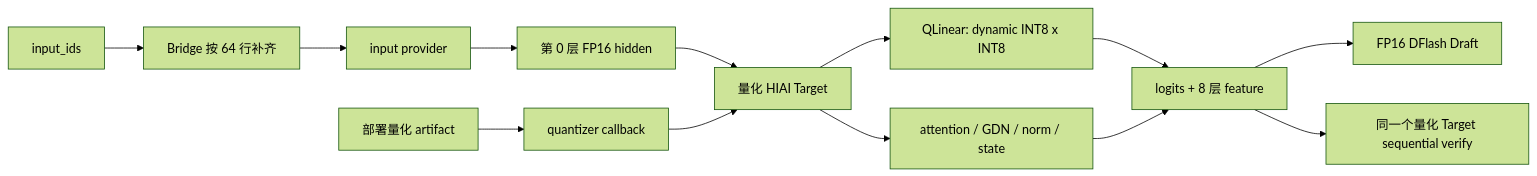
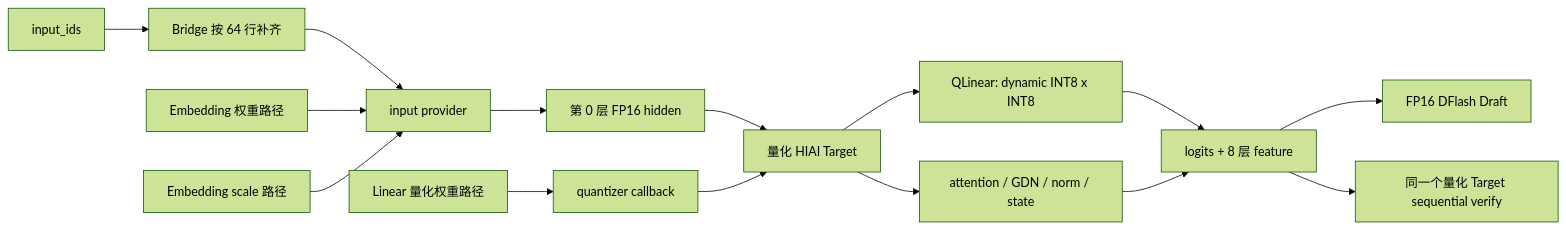
Before and after one commit to day8reak/qwen3.5-4B-dflash: the fourth of 4 diagrams in docs/DFLASH_V1_ARCHITECTURE.md, drawn with Mermaid (forest theme). The commit also changed other lines of this file and 11 other files, not shown here.

````diff
--- a/docs/DFLASH_V1_ARCHITECTURE.md
+++ b/docs/DFLASH_V1_ARCHITECTURE.md
@@ -622,15 +622,17 @@
 ```mermaid
 flowchart LR
     IDS[input_ids] --> PAD[Bridge 按 64 行补齐]
     PAD --> IP[input provider]
     IP --> H0[第 0 层 FP16 hidden]
     H0 --> QT[量化 HIAI Target]
-    ART[部署量化 artifact] --> QZ[quantizer callback]
+    QW[Linear 量化权重路径] --> QZ[quantizer callback]
+    EW[Embedding 权重路径] --> IP
+    ES[Embedding scale 路径] --> IP
     QZ --> QT
     QT --> QL[QLinear: dynamic INT8 x INT8]
     QT --> NON[attention / GDN / norm / state]
     QL --> OUT[logits + 8 层 feature]
     NON --> OUT
     OUT --> DR[FP16 DFlash Draft]
     OUT --> VR[同一个量化 Target sequential verify]
 ```
````
